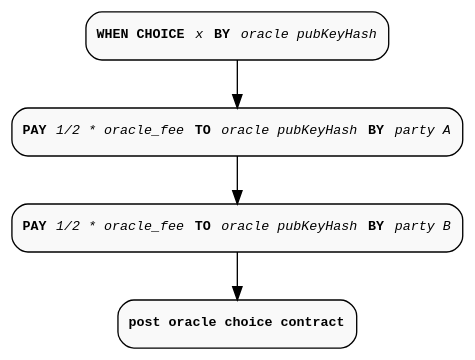
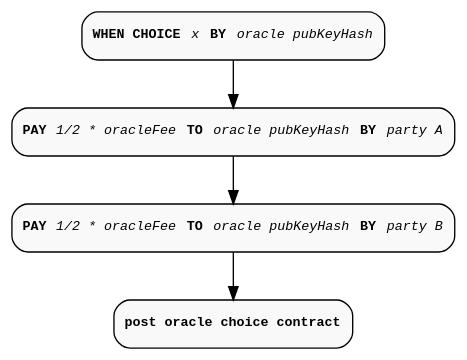
One commit to marlowe-lang/marlowe-oracle-protocol changed the diagram in CIP XXX Marlowe Oracle Protocol/diagrams/marlowe-split-payment.dot. Above: the diagram before and after it, drawn with Graphviz. The commit also changed 2 other files, not shown here.

```diff
--- a/CIP XXX Marlowe Oracle Protocol/diagrams/marlowe-split-payment.dot
+++ b/CIP XXX Marlowe Oracle Protocol/diagrams/marlowe-split-payment.dot
@@ -1,20 +1,20 @@
 digraph MarloweRequest {
   rankdir=TD;
   graph [pad="0.02", nodesep="0.6", ranksep="0.5", splines="line"];
   node [shape="rect", pad="0.1", style="filled, rounded", fillcolor="#f9f9f9", fontname="Courier New", fontsize="10"];
   edge [tailport="s", headport="n", color="#aaa", fontname="Courier New", fontsize="10"];
 
   OracleChoiceStep [label=<<b>WHEN CHOICE</b> <i>x</i> <b>BY</b> <i>oracle pubKeyHash</i>> color="#aaa" ];
 
-  PayStep1 [label=<<b>PAY </b><i>1/2 * oracle_fee</i> <b>TO</b> <i>oracle pubKeyHash</i> <b>BY</b> <i>party A</i>> color="#aaa" ];
+  PayStep1 [label=<<b>PAY </b><i>1/2 * oracleFee</i> <b>TO</b> <i>oracle pubKeyHash</i> <b>BY</b> <i>party A</i>> color="#aaa" ];
 
   OracleChoiceStep -> PayStep1;
 
-  PayStep2 [label=<<b>PAY </b><i>1/2 * oracle_fee</i> <b>TO</b> <i>oracle pubKeyHash</i> <b>BY</b> <i>party B</i>> color="#aaa" ];
+  PayStep2 [label=<<b>PAY </b><i>1/2 * oracleFee</i> <b>TO</b> <i>oracle pubKeyHash</i> <b>BY</b> <i>party B</i>> color="#aaa" ];
 
   PayStep1 -> PayStep2;
 
   ContinuationStep [label=<<b>post oracle choice contract</b>> color="#aaa" ];
 
   PayStep2 -> ContinuationStep;
 }
```
